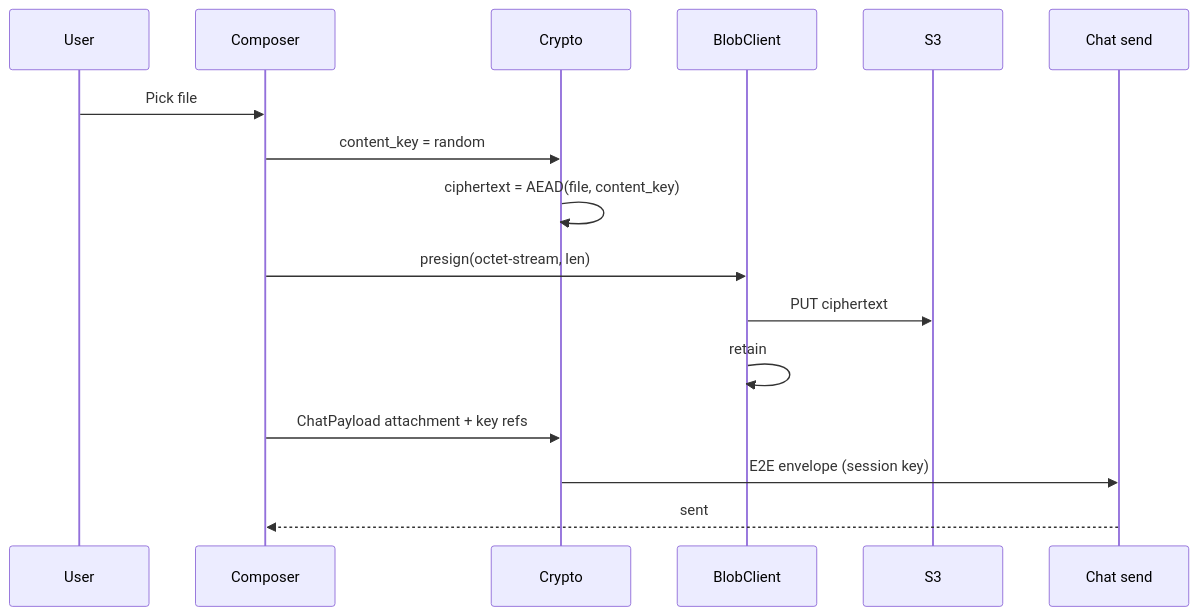
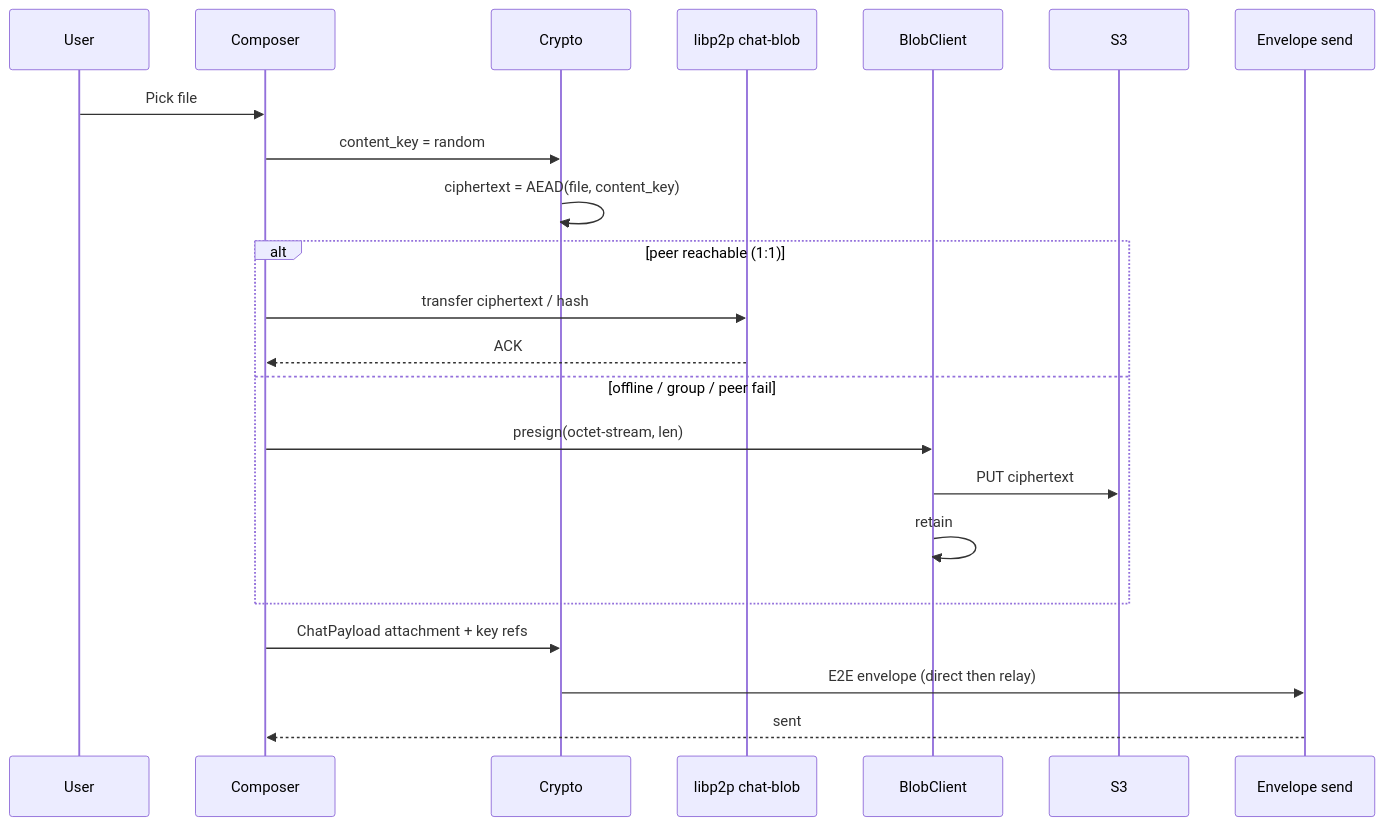
Before and after one commit to people-post/pp-browser: the diagram in projects/relay-blob-upload/DESIGN.md, drawn with Mermaid. The commit also changed other lines of this file and 6 other files, not shown here.

````diff
--- a/projects/relay-blob-upload/DESIGN.md
+++ b/projects/relay-blob-upload/DESIGN.md
@@ -110,19 +119,25 @@
 ```mermaid
 sequenceDiagram
   participant User
   participant Composer
   participant Crypto
+  participant Peer as libp2p chat-blob
   participant Blob as BlobClient
   participant S3
-  participant Relay as Chat send
+  participant Chat as Envelope send
 
   User->>Composer: Pick file
   Composer->>Crypto: content_key = random
   Crypto->>Crypto: ciphertext = AEAD(file, content_key)
-  Composer->>Blob: presign(octet-stream, len)
-  Blob->>S3: PUT ciphertext
-  Blob->>Blob: retain
+  alt peer reachable (1:1)
+    Composer->>Peer: transfer ciphertext / hash
+    Peer-->>Composer: ACK
+  else offline / group / peer fail
+    Composer->>Blob: presign(octet-stream, len)
+    Blob->>S3: PUT ciphertext
+    Blob->>Blob: retain
+  end
   Composer->>Crypto: ChatPayload attachment + key refs
-  Crypto->>Relay: E2E envelope (session key)
-  Relay-->>Composer: sent
+  Crypto->>Chat: E2E envelope (direct then relay)
+  Chat-->>Composer: sent
 ```
````
